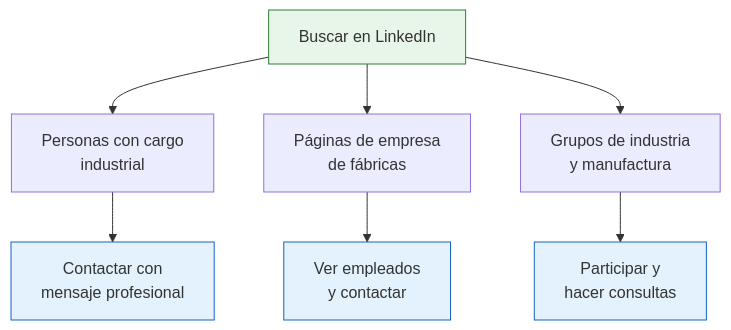
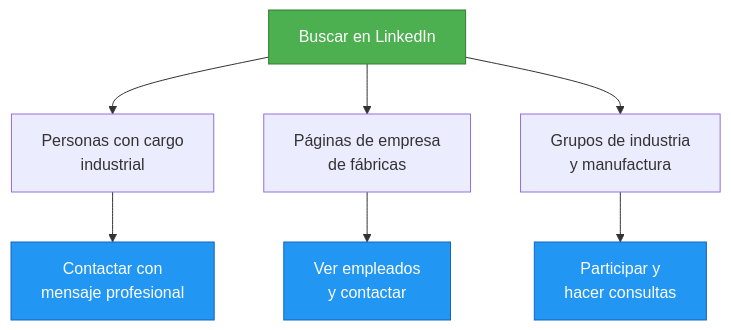
The diagram in app/paso1-argentina/encontrar-fabricas/linkedin-redes.mdx (barrosignacioezequiel-coder/docs), drawn with Mermaid before and after one commit. The commit also changed 66 other files, not shown here.

First line of the commit message:
fix: resolve Mermaid v11 numbered list errors + improve contrast

````diff
--- a/app/paso1-argentina/encontrar-fabricas/linkedin-redes.mdx
+++ b/app/paso1-argentina/encontrar-fabricas/linkedin-redes.mdx
@@ -17,15 +17,15 @@
 ```mermaid
 graph TD
     A["Buscar en LinkedIn"] --> B["Personas con cargo<br/>industrial"]
     A --> C["Páginas de empresa<br/>de fábricas"]
     A --> D["Grupos de industria<br/>y manufactura"]
 
     B --> E["Contactar con<br/>mensaje profesional"]
     C --> F["Ver empleados<br/>y contactar"]
     D --> G["Participar y<br/>hacer consultas"]
 
-    style A fill:#e8f5e9,stroke:#2e7d32
-    style E fill:#e3f2fd,stroke:#1565c0
-    style F fill:#e3f2fd,stroke:#1565c0
-    style G fill:#e3f2fd,stroke:#1565c0
+    style A fill:#4caf50,stroke:#2e7d32,color:#fff
+    style E fill:#2196f3,stroke:#1565c0,color:#fff
+    style F fill:#2196f3,stroke:#1565c0,color:#fff
+    style G fill:#2196f3,stroke:#1565c0,color:#fff
 ```
````
